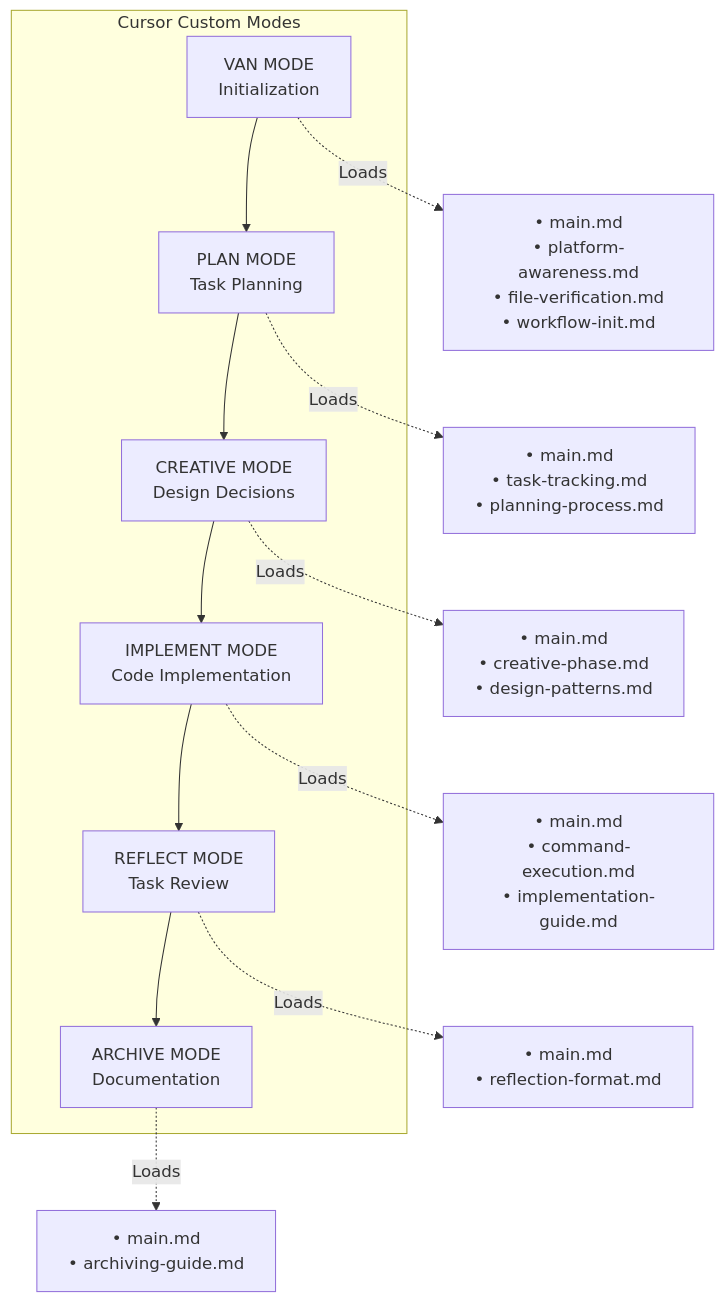
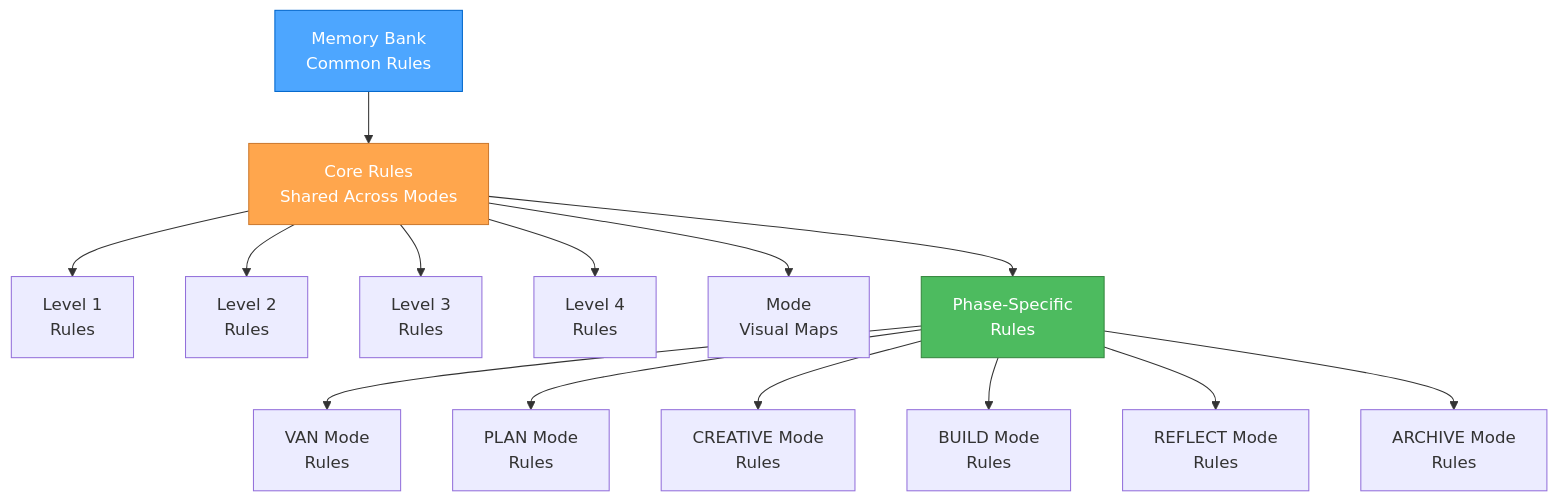
The third of 6 diagrams in .cursor/rules/isolation_rules/main.mdc (aleasweb/cityQuest), drawn with Mermaid before and after one commit. The commit also changed other lines of this file and 26 other files, not shown here.

Commit message:
update memory-bank and delete qoder

````diff
--- a/.cursor/rules/isolation_rules/main.mdc
+++ b/.cursor/rules/isolation_rules/main.mdc
@@ -16,17 +78,24 @@
 ```mermaid
 graph TD
-    subgraph Modes["Cursor Custom Modes"]
-        VAN["VAN MODE<br>Initialization"] --> PLAN["PLAN MODE<br>Task Planning"]
-        PLAN --> Creative["CREATIVE MODE<br>Design Decisions"]
-        Creative --> Implement["IMPLEMENT MODE<br>Code Implementation"]
-        Implement --> Reflect["REFLECT MODE<br>Task Review"]
-        Reflect --> Archive["ARCHIVE MODE<br>Documentation"]
-    end
+    Root["Memory Bank<br>Common Rules"] --> Core["Core Rules<br>Shared Across Modes"]
     
-    VAN -.->|"Loads"| VANRules["• main.md<br>• platform-awareness.md<br>• file-verification.md<br>• workflow-init.md"]
-    PLAN -.->|"Loads"| PLANRules["• main.md<br>• task-tracking.md<br>• planning-process.md"]
-    Creative -.->|"Loads"| CreativeRules["• main.md<br>• creative-phase.md<br>• design-patterns.md"]
-    Implement -.->|"Loads"| ImplementRules["• main.md<br>• command-execution.md<br>• implementation-guide.md"]
-    Reflect -.->|"Loads"| ReflectRules["• main.md<br>• reflection-format.md"]
-    Archive -.->|"Loads"| ArchiveRules["• main.md<br>• archiving-guide.md"]
+    Core --> L1["Level 1<br>Rules"]
+    Core --> L2["Level 2<br>Rules"]
+    Core --> L3["Level 3<br>Rules"]
+    Core --> L4["Level 4<br>Rules"]
+    
+    Core --> VM["Mode<br>Visual Maps"]
+    
+    Core --> Phase["Phase-Specific<br>Rules"]
+    
+    Phase --> VAN_Rules["VAN Mode<br>Rules"]
+    Phase --> PLAN_Rules["PLAN Mode<br>Rules"]
+    Phase --> CREATIVE_Rules["CREATIVE Mode<br>Rules"]
+    Phase --> BUILD_Rules["BUILD Mode<br>Rules"]
+    Phase --> REFLECT_Rules["REFLECT Mode<br>Rules"]
+    Phase --> ARCHIVE_Rules["ARCHIVE Mode<br>Rules"]
+    
+    style Root fill:#4da6ff,stroke:#0066cc,color:white
+    style Core fill:#ffa64d,stroke:#cc7a30,color:white
+    style Phase fill:#4dbb5f,stroke:#36873f,color:white
 ```
````
